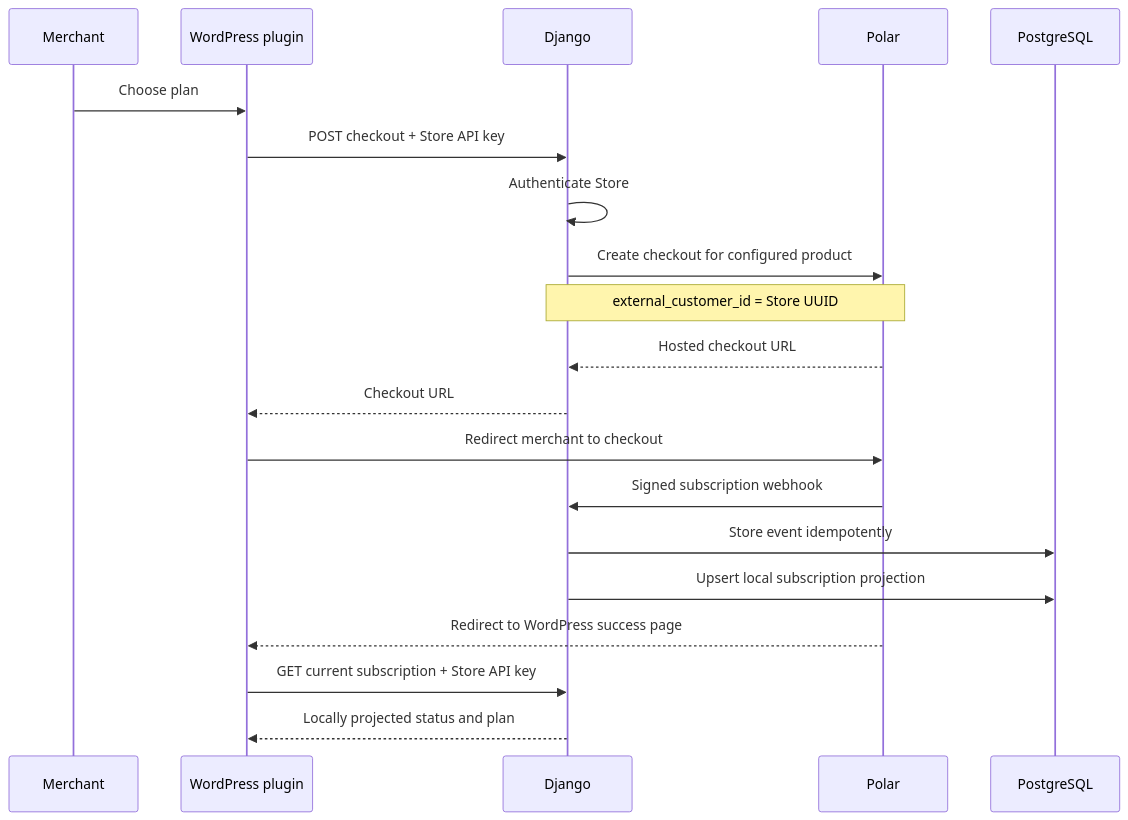
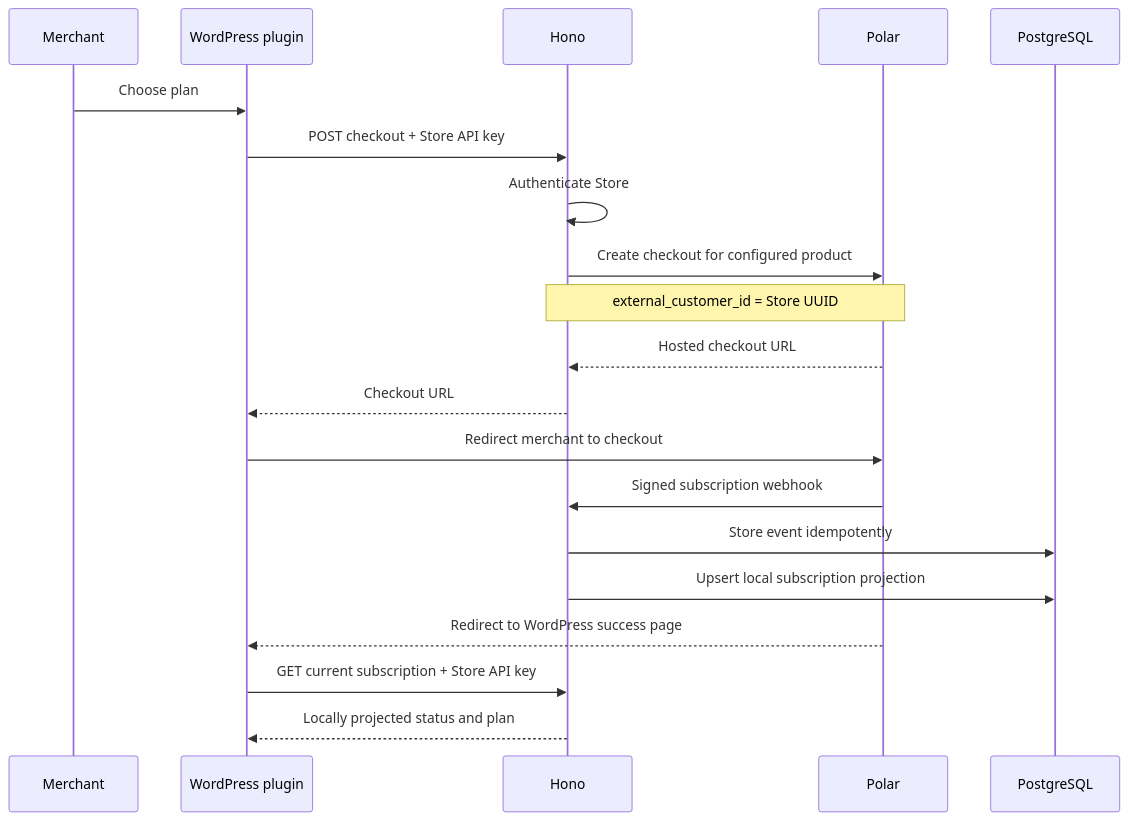
Before and after one commit to aji-pratama/woocs: the fourth of 8 diagrams in _docs/architecture.md, drawn with Mermaid. The commit also changed other lines of this file and 85 other files, not shown here.

````diff
--- a/_docs/architecture.md
+++ b/_docs/architecture.md
@@ -257,23 +257,23 @@
 ```mermaid
 sequenceDiagram
     participant Merchant
     participant Plugin as WordPress plugin
-    participant API as Django
+    participant API as Hono
     participant Polar
     participant DB as PostgreSQL
 
     Merchant->>Plugin: Choose plan
     Plugin->>API: POST checkout + Store API key
     API->>API: Authenticate Store
     API->>Polar: Create checkout for configured product
     Note over API,Polar: external_customer_id = Store UUID
     Polar-->>API: Hosted checkout URL
     API-->>Plugin: Checkout URL
     Plugin->>Polar: Redirect merchant to checkout
     Polar->>API: Signed subscription webhook
     API->>DB: Store event idempotently
     API->>DB: Upsert local subscription projection
     Polar-->>Plugin: Redirect to WordPress success page
     Plugin->>API: GET current subscription + Store API key
     API-->>Plugin: Locally projected status and plan
 ```
````
